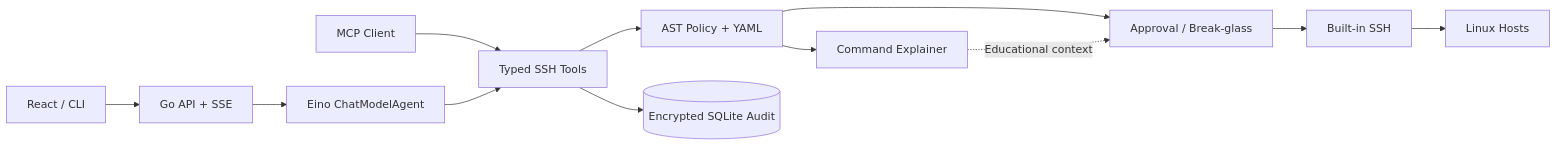
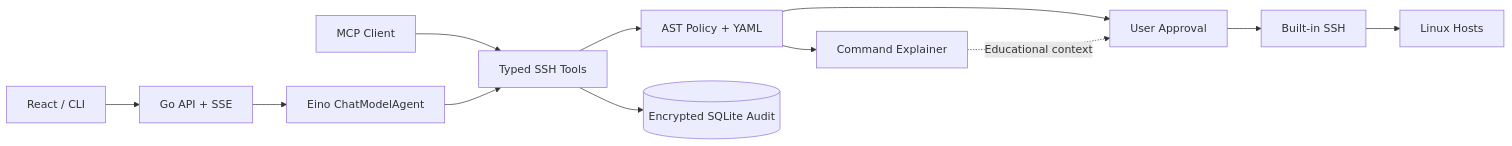
Before and after one commit to Enterpr1se0/eino-ops-agent: the diagram in README.md, drawn with Mermaid. The commit also changed other lines of this file and 39 other files, not shown here.

````diff
--- a/README.md
+++ b/README.md
@@ -20,14 +16,14 @@
 ```mermaid
 flowchart LR
     UI[React / CLI] --> API[Go API + SSE]
     API --> Eino[Eino ChatModelAgent]
     MCP[MCP Client] --> Tools[Typed SSH Tools]
     Eino --> Tools
     Tools --> Policy[AST Policy + YAML]
-    Policy --> Approval[Approval / Break-glass]
+    Policy --> Approval[User Approval]
     Policy --> Explain[Command Explainer]
     Explain -. Educational context .-> Approval
     Approval --> SSH[Built-in SSH]
     SSH --> Host[Linux Hosts]
     Tools --> Audit[(Encrypted SQLite Audit)]
 ```
````
